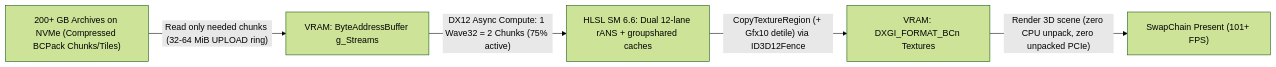
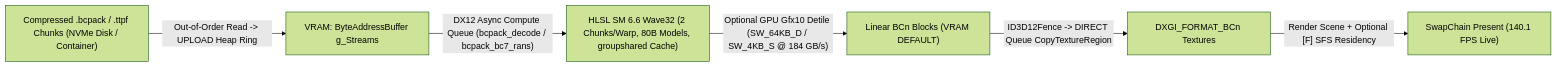
Before and after one commit to POMXARK/bcpack-gpu-hlsl: the diagram in README.md, drawn with Mermaid (forest theme). The commit also changed other lines of this file and 17 other files, not shown here.

First line of the commit message:
feat: v0.3.0 Xbox Velocity parity (BC7 16-lane rANS, Gfx10 detile, Async Compute, C-ABI DLL, SFS, GIF)

````diff
--- a/README.md
+++ b/README.md
@@ -63,7 +48,8 @@
 ```mermaid
 flowchart LR
-    SSD["200+ GB Archives on NVMe (Compressed BCPack Chunks/Tiles)"] -->|"Read only needed chunks (32-64 MiB UPLOAD ring)"| GPU_IN["VRAM: ByteAddressBuffer g_Streams"]
-    GPU_IN -->|"DX12 Async Compute: 1 Wave32 = 2 Chunks (75% active)"| SHADER["HLSL SM 6.6: Dual 12-lane rANS + groupshared caches"]
-    SHADER -->|"CopyTextureRegion (+ Gfx10 detile) via ID3D12Fence"| TEX["VRAM: DXGI_FORMAT_BCn Textures"]
-    TEX -->|"Render 3D scene (zero CPU unpack, zero unpacked PCIe)"| FRAME["SwapChain Present (101+ FPS)"]
+    SSD["Compressed .bcpack / .ttpf Chunks (NVMe Disk / Container)"] -->|"Out-of-Order Read -> UPLOAD Heap Ring"| GPU_IN["VRAM: ByteAddressBuffer g_Streams"]
+    GPU_IN -->|"DX12 Async Compute Queue (bcpack_decode / bcpack_bc7_rans)"| SHADER["HLSL SM 6.6 Wave32 (2 Chunks/Warp, 80B Models, groupshared Cache)"]
+    SHADER -->|"Optional GPU Gfx10 Detile (SW_64KB_D / SW_4KB_S @ 184 GB/s)"| DET["Linear BCn Blocks (VRAM DEFAULT)"]
+    DET -->|"ID3D12Fence -> DIRECT Queue CopyTextureRegion"| TEX["DXGI_FORMAT_BCn Textures"]
+    TEX -->|"Render Scene + Optional [F] SFS Residency"| FRAME["SwapChain Present (140.1 FPS Live)"]
 ```
````
